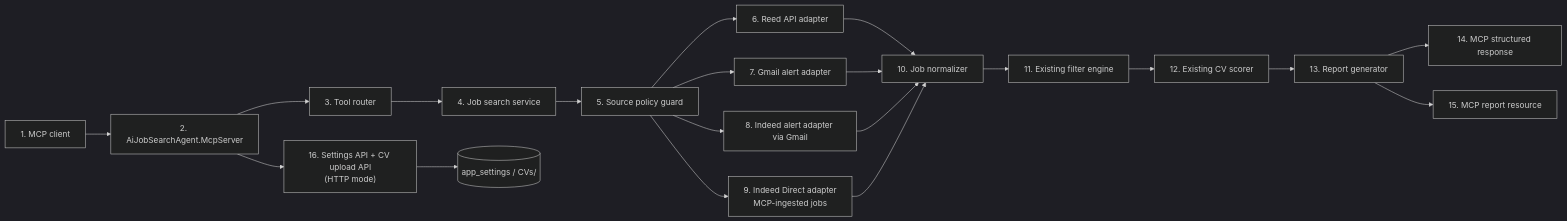
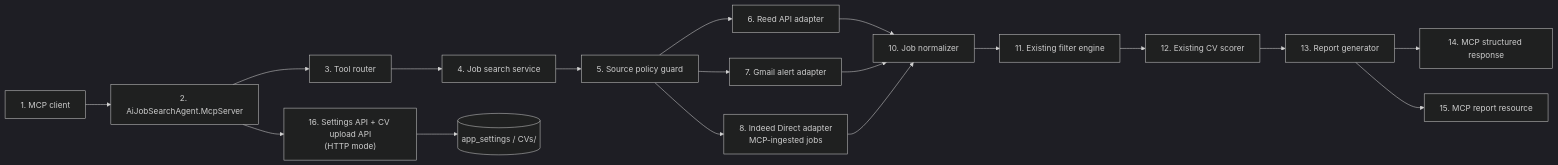
One commit to ekanatha-urivakili/AiJobSearchAgent changed the first of 6 diagrams in docs/mcp-job-sites-integration-plan.md. Above: the diagram before and after it, drawn with Mermaid (dark theme). The commit also changed other lines of this file and 14 other files, not shown here.

````diff
--- a/docs/mcp-job-sites-integration-plan.md
+++ b/docs/mcp-job-sites-integration-plan.md
@@ -43,25 +43,23 @@
 ```mermaid
 flowchart LR
     A["1. MCP client"] --> B["2. AiJobSearchAgent.McpServer"]
     B --> C["3. Tool router"]
     C --> D["4. Job search service"]
     D --> E["5. Source policy guard"]
     E --> F["6. Reed API adapter"]
     E --> G["7. Gmail alert adapter"]
-    E --> H["8. Indeed alert adapter via Gmail"]
-    E --> I["9. Indeed Direct adapter\nMCP-ingested jobs"]
+    E --> I["8. Indeed Direct adapter\nMCP-ingested jobs"]
 
     F --> J["10. Job normalizer"]
     G --> J
-    H --> J
     I --> J
 
     J --> K["11. Existing filter engine"]
     K --> L["12. Existing CV scorer"]
     L --> M["13. Report generator"]
     M --> N["14. MCP structured response"]
     M --> O["15. MCP report resource"]
 
     B --> P["16. Settings API + CV upload API\n(HTTP mode)"]
     P --> Q[("app_settings / CVs/")]
 ```
````
